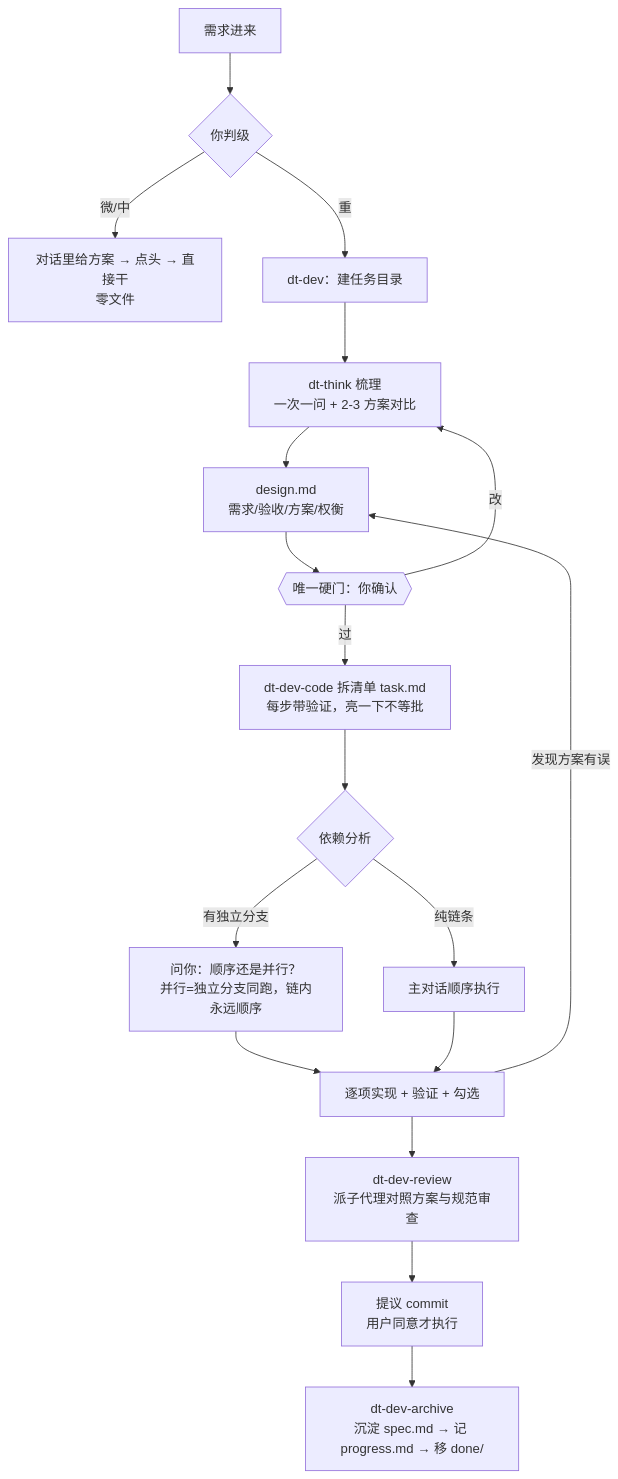
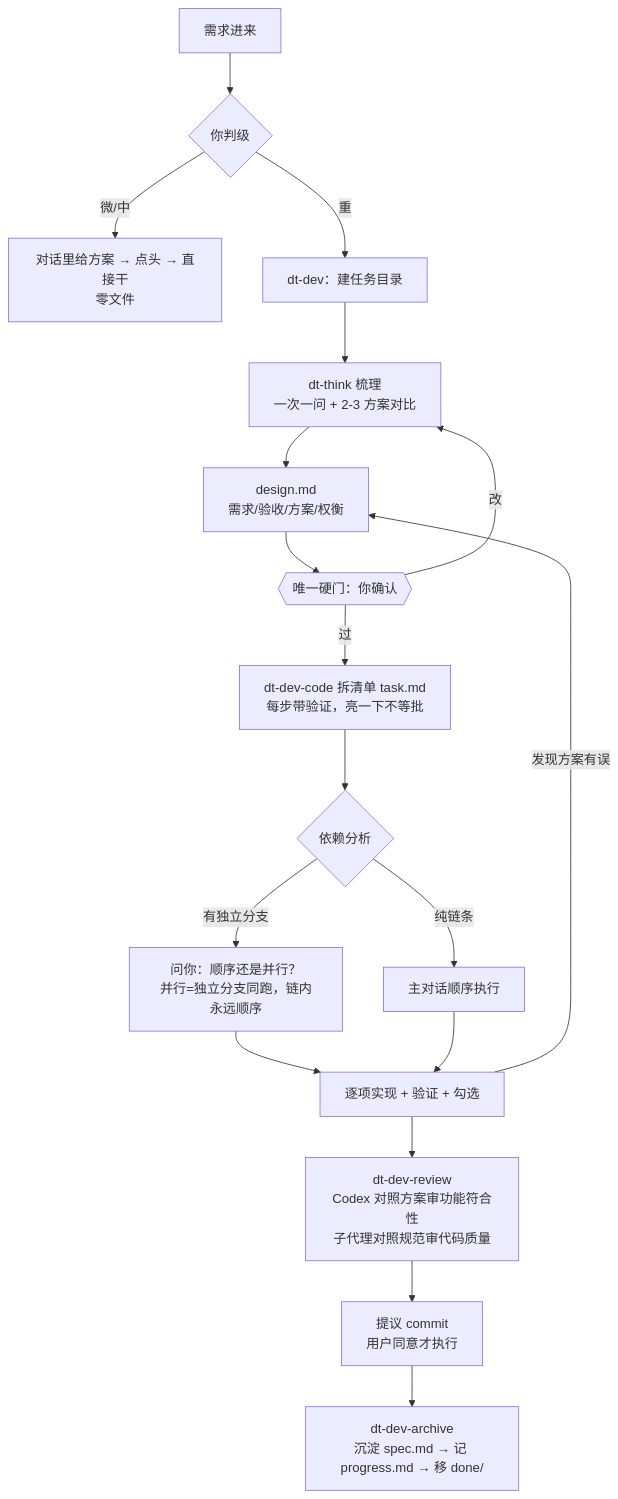
One commit to Daotin/dt-workflow changed the diagram in README.md. Above: the diagram before and after it, drawn with Mermaid. The commit also changed other lines of this file and 2 other files, not shown here.

Commit message:
dt-dev-review 功能符合性改由 Codex 审，问题分级新增「建议」
- dt-dev-review：功能符合性默认用 codex exec 只读审查，代码质量仍由子代理审，首轮两者同时跑；没装 Codex 或用户说不用时改派子代理并在摘要注明，运行失败时停下不自动改派
- dt-dev-review：每轮审查前存改动快照（含未跟踪的新文件），复审对比前后两份快照；谁提的问题谁复审
- dt-dev-review：「必须改」要写得出触发步骤且不需要多个少见条件同时成立，否则标「建议」，不要求本次修改、不进入复审
- dt-codex-review：配置节注明 dt-dev-review 的代码审查另有一份配置
- README：Review 的说法同步为 Codex 审功能符合性、子代理审代码质量

````diff
--- a/README.md
+++ b/README.md
@@ -76,20 +76,20 @@
 ```mermaid
 flowchart TD
     A[需求进来] --> B{你判级}
     B -->|微/中| C[对话里给方案 → 点头 → 直接干<br/>零文件]
     B -->|重| D[dt-dev：建任务目录]
     D --> E[dt-think 梳理<br/>一次一问 + 2-3 方案对比]
     E --> F[design.md<br/>需求/验收/方案/权衡]
     F --> G{{唯一硬门：你确认}}
     G -->|改| E
     G -->|过| H[dt-dev-code 拆清单 task.md<br/>每步带验证，亮一下不等批]
     H --> I{依赖分析}
     I -->|有独立分支| J[问你：顺序还是并行？<br/>并行=独立分支同跑，链内永远顺序]
     I -->|纯链条| K[主对话顺序执行]
     J --> L[逐项实现 + 验证 + 勾选]
     K --> L
     L -->|发现方案有误| F
-    L --> M[dt-dev-review<br/>派子代理对照方案与规范审查]
+    L --> M[dt-dev-review<br/>Codex 对照方案审功能符合性<br/>子代理对照规范审代码质量]
     M --> M2[提议 commit<br/>用户同意才执行]
     M2 --> N[dt-dev-archive<br/>沉淀 spec.md → 记 progress.md → 移 done/]
 ```
````
